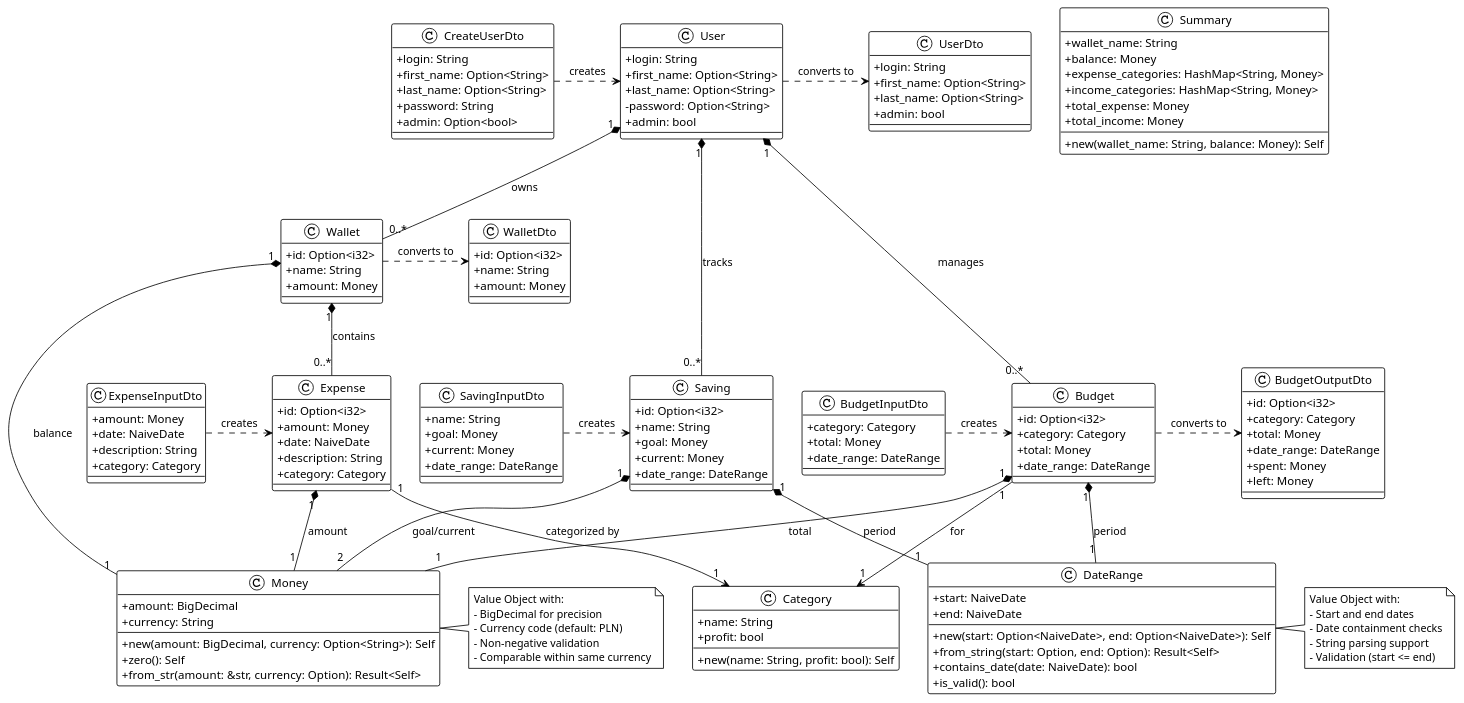
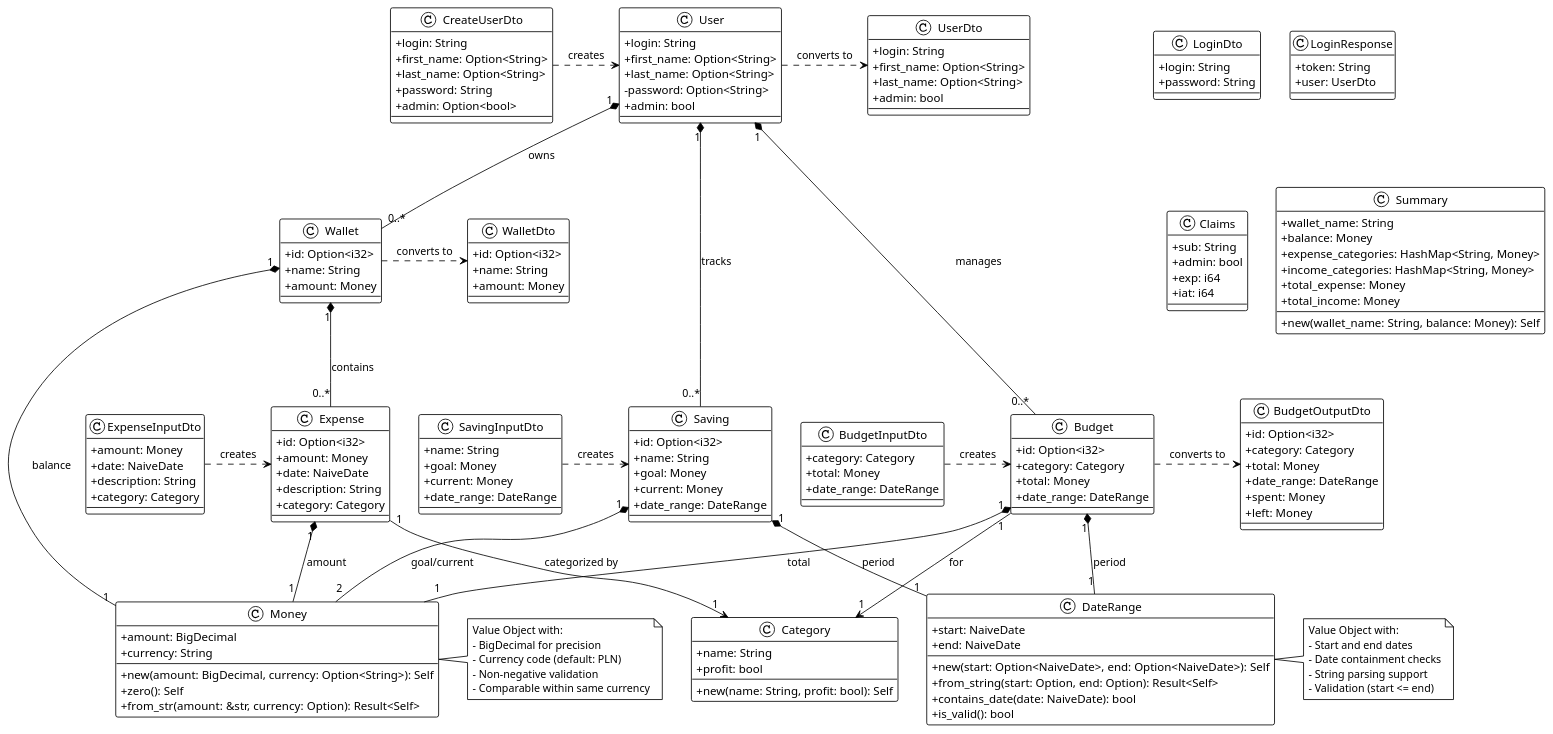
Before and after one commit to Borelli-7/finGest-rs: the third of 15 diagrams in docs/money_manager_architecture.md, drawn with PlantUML. The commit also changed other lines of this file and 2 other files, not shown here.

First line of the commit message:
Add authentication service documentation and update architecture diagrams

```diff
--- a/docs/money_manager_architecture.md
+++ b/docs/money_manager_architecture.md
@@ -224,6 +239,23 @@
     +last_name: Option<String>
     -password: Option<String>
     +admin: bool
+}
+
+class LoginDto {
+    +login: String
+    +password: String
+}
+
+class LoginResponse {
+    +token: String
+    +user: UserDto
+}
+
+class Claims {
+    +sub: String
+    +admin: bool
+    +exp: i64
+    +iat: i64
 }
 
 class UserDto {
```
